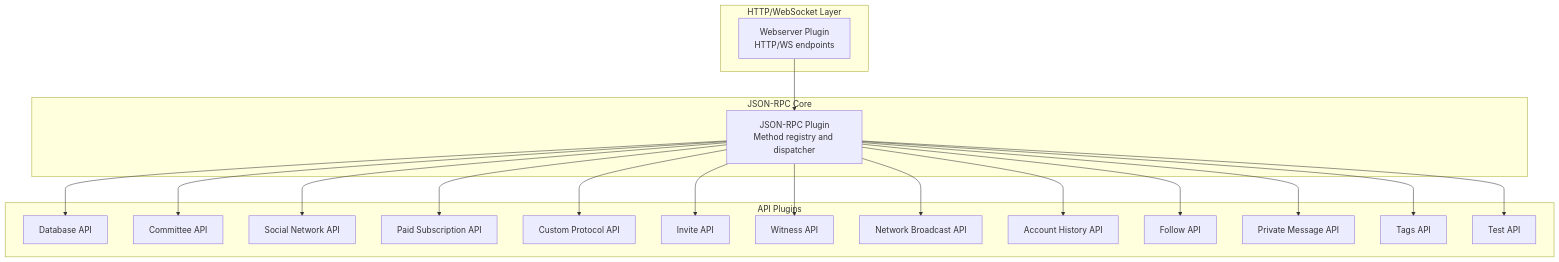
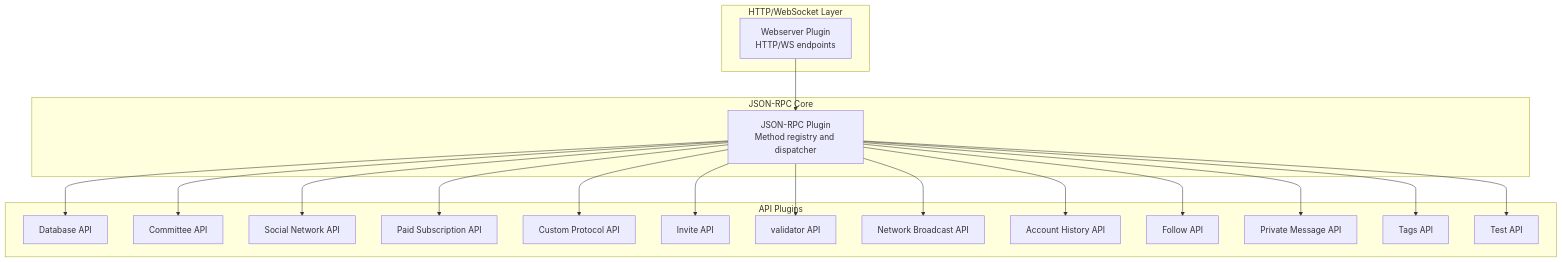
Before and after one commit to VIZ-Blockchain/viz-cpp-node: the first of 4 diagrams in .qoder/repowiki/en/content/API Reference.md, drawn with Mermaid. The commit also changed other lines of this file and 88 other files, not shown here.

First line of the commit message:
docs(validator): rename witness to validator throughout documentation

````diff
--- a/.qoder/repowiki/en/content/API Reference.md
+++ b/.qoder/repowiki/en/content/API Reference.md
@@ -52,38 +52,38 @@
 ```mermaid
 graph TB
 subgraph "HTTP/WebSocket Layer"
 WS["Webserver Plugin<br/>HTTP/WS endpoints"]
 end
 subgraph "JSON-RPC Core"
 JR["JSON-RPC Plugin<br/>Method registry and dispatcher"]
 end
 subgraph "API Plugins"
 DB["Database API"]
 CM["Committee API"]
 SN["Social Network API"]
 PS["Paid Subscription API"]
 CP["Custom Protocol API"]
 IW["Invite API"]
-WT["Witness API"]
+WT["validator API"]
 NB["Network Broadcast API"]
 AH["Account History API"]
 FL["Follow API"]
 PM["Private Message API"]
 TG["Tags API"]
 TA["Test API"]
 end
 WS --> JR
 JR --> DB
 JR --> CM
 JR --> SN
 JR --> PS
 JR --> CP
 JR --> IW
 JR --> WT
 JR --> NB
 JR --> AH
 JR --> FL
 JR --> PM
 JR --> TG
 JR --> TA
 ```
````
